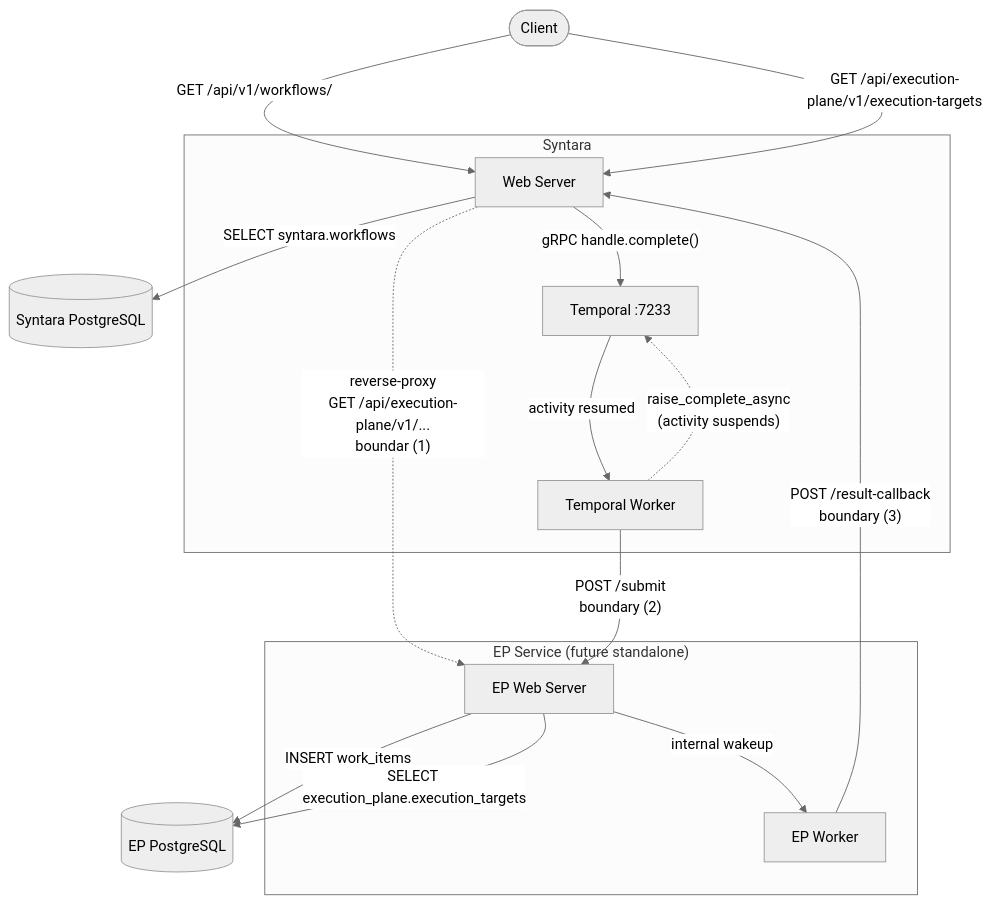
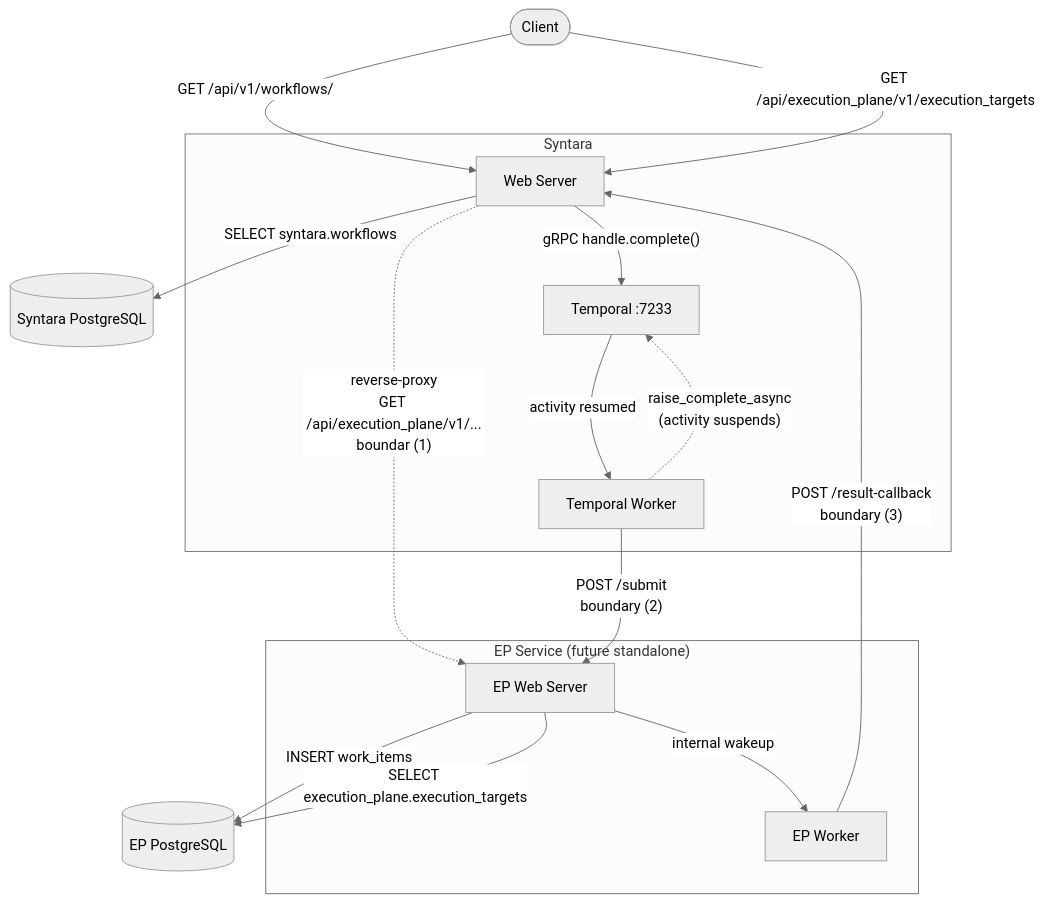
Before and after one commit to AlanCoding/syntara-execution-plane: the second of 2 diagrams in docs/integration.md, drawn with Mermaid (neutral theme). The commit also changed other lines of this file and 2 other files, not shown here.

Commit message:
chore: Fix API paths and frontend client.

````diff
--- a/docs/integration.md
+++ b/docs/integration.md
@@ -75,34 +75,34 @@
 ```mermaid
 flowchart TD
     C([Client])
     SDB[("Syntara PostgreSQL")]
     EPDB[("EP PostgreSQL")]
 
     subgraph syn["Syntara"]
         SW["Web Server"]
         STW["Temporal Worker"]
         T["Temporal :7233"]
     end
 
     subgraph epservice["EP Service (future standalone)"]
         EPWS["EP Web Server"]
         EPW["EP Worker"]
     end
 
     C -->|"GET /api/v1/workflows/"| SW
-    C -->|"GET /api/execution-plane/v1/execution-targets"| SW
+    C -->|"GET /api/execution_plane/v1/execution_targets"| SW
 
     SW -->|"SELECT syntara.workflows"| SDB
-    SW -. "reverse-proxy\nGET /api/execution-plane/v1/...\nboundar (1)" .-> EPWS
+    SW -. "reverse-proxy\nGET /api/execution_plane/v1/...\nboundar (1)" .-> EPWS
 
     STW -->|"POST /submit\nboundary (2)"| EPWS
     EPWS -->|"INSERT work_items"| EPDB
     EPWS -->|"SELECT execution_plane.execution_targets"| EPDB
     STW -.->|"raise_complete_async\n(activity suspends)"| T
 
     EPWS -->|"internal wakeup"| EPW
 
     EPW -->|"POST /result-callback\nboundary (3)"| SW
     SW -->|"gRPC handle.complete()"| T
     T -->|"activity resumed"| STW
 ```
````
